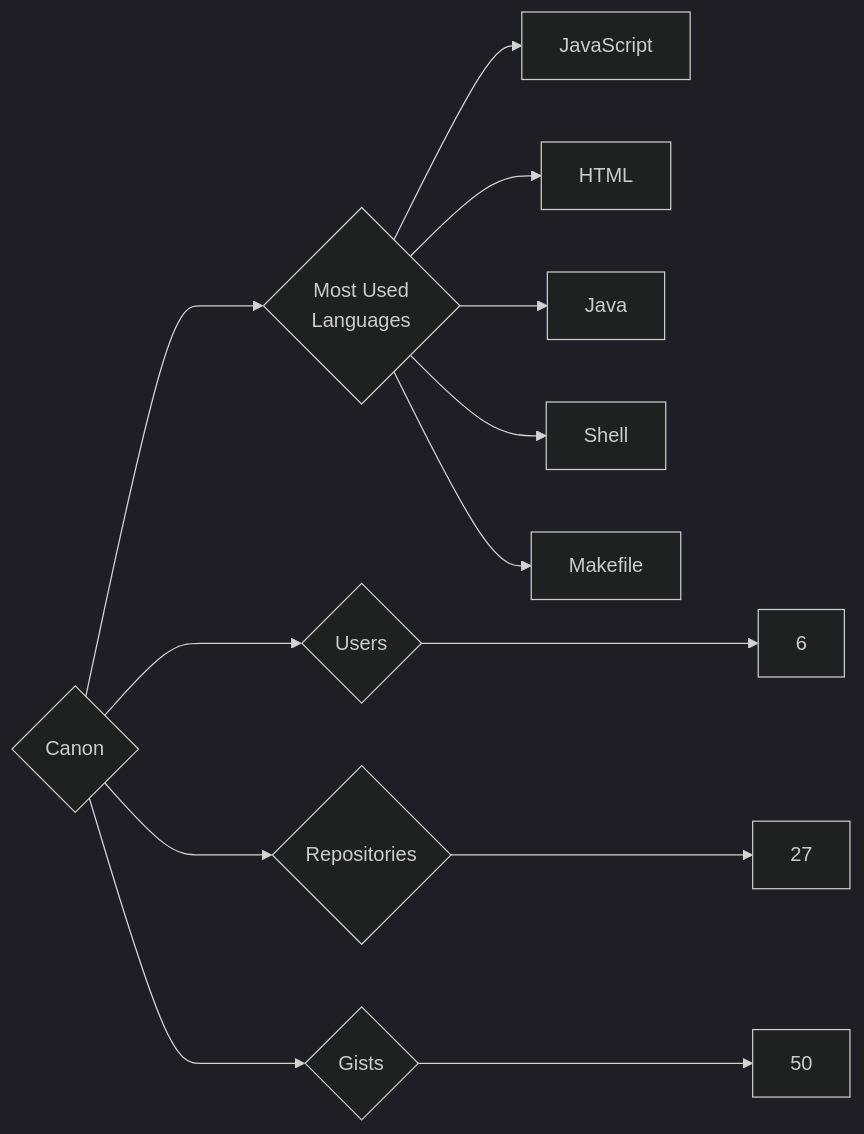
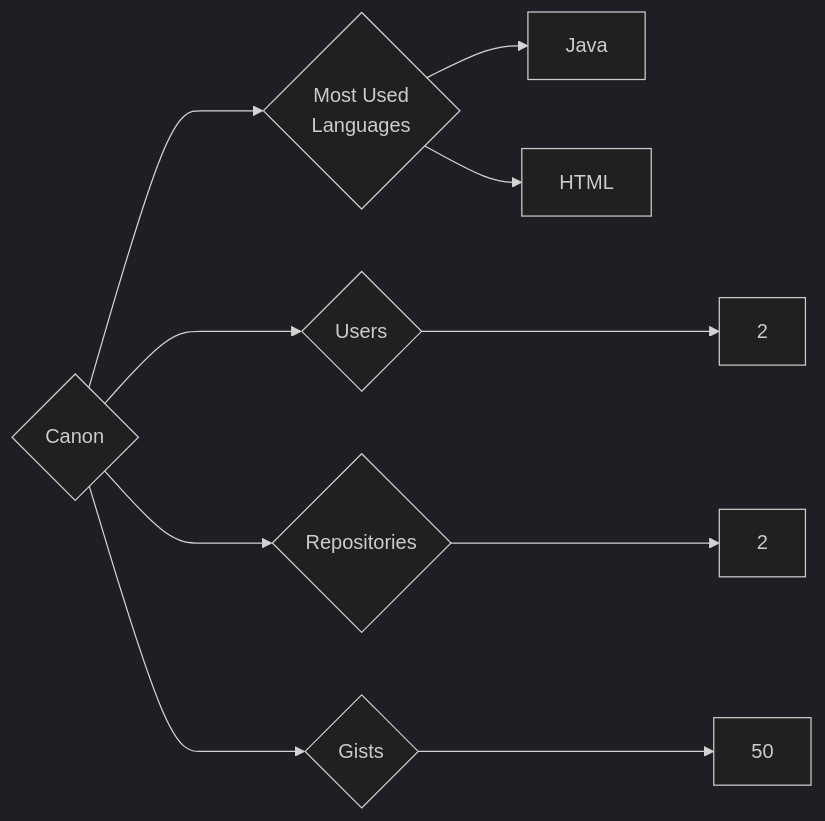
Before and after one commit to trickest/insiders: the diagram in targets/Canon/README.md, drawn with Mermaid (dark theme). The commit also changed 1089 other files, not shown here.

````diff
--- a/targets/Canon/README.md
+++ b/targets/Canon/README.md
@@ -3,13 +3,10 @@
 ```mermaid
 graph LR
 COMPANY_NAME{Canon}
-COMPANY_NAME ---> U{Users} ---> UN[6]
-COMPANY_NAME ---> R{Repositories} ---> RN[27]
+COMPANY_NAME ---> U{Users} ---> UN[2]
+COMPANY_NAME ---> R{Repositories} ---> RN[2]
 COMPANY_NAME ---> G{Gists} ---> GN[50]
 COMPANY_NAME ---> ML{Most Used<br>Languages}
-ML --> JavaScript[JavaScript]
+ML --> Java[Java]
 ML --> HTML[HTML]
-ML --> Java[Java]
-ML --> Shell[Shell]
-ML --> Makefile[Makefile]
 ```
````
